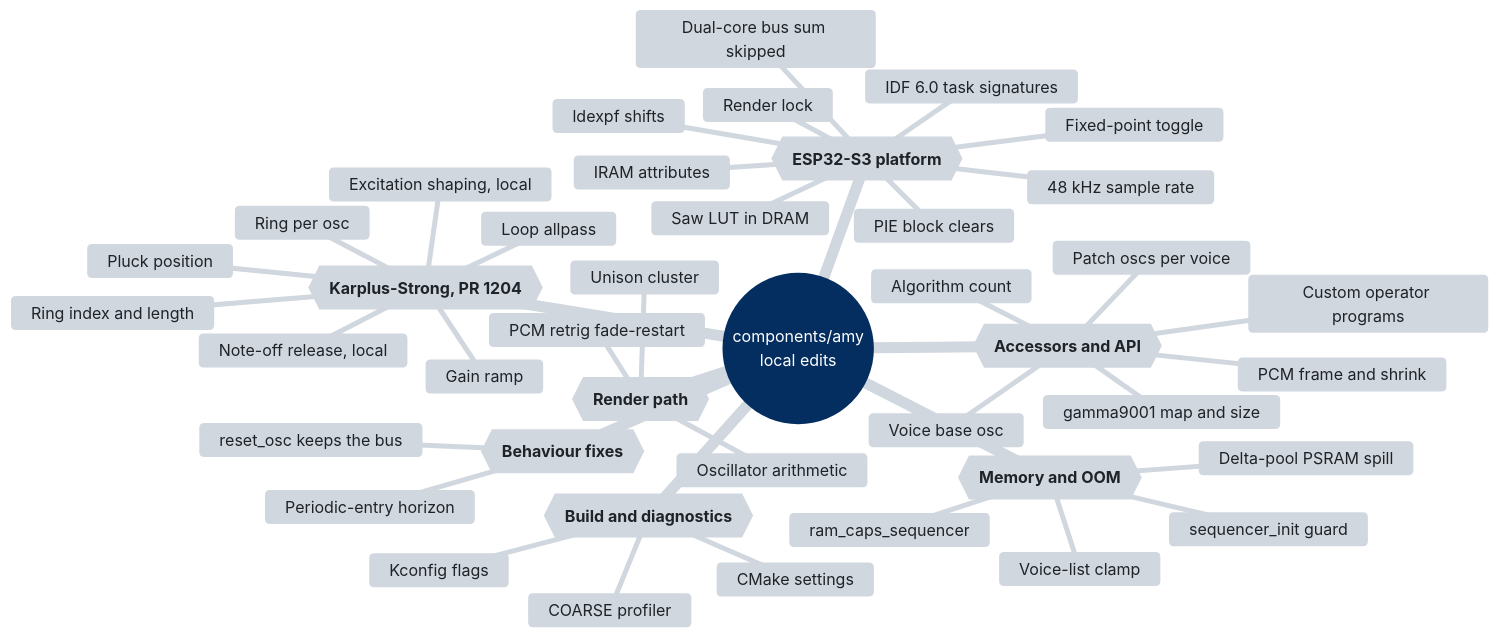
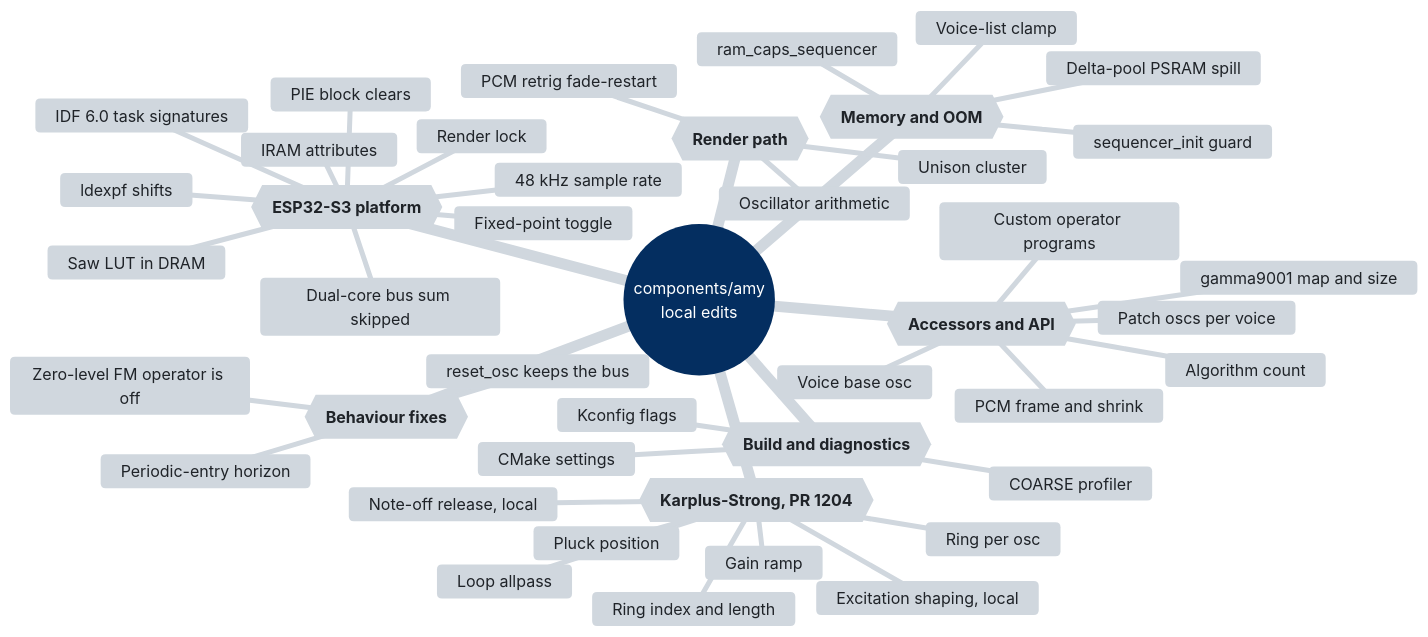
Before and after one commit to rt-rtos/S3-Amysynth: the diagram in AMY-EDITS.md, drawn with Mermaid. The commit also changed other lines of this file and 1 other file, not shown here.

First line of the commit message:
AMY: an FM operator with a zero CONST amp coef is off

````diff
--- a/AMY-EDITS.md
+++ b/AMY-EDITS.md
@@ -21,57 +21,58 @@
 ```mermaid
 %%{init: {"theme": "base", "themeCSS": ".mindmap-node polygon { fill: #afb8c1 !important; }", "themeVariables": {
   "primaryColor": "#0969da", "primaryTextColor": "#ffffff", "lineColor": "#8c959f",
   "cScale0": "#d0d7de", "cScaleLabel0": "#1f2328",
   "cScale1": "#d0d7de", "cScaleLabel1": "#1f2328",
   "cScale2": "#d0d7de", "cScaleLabel2": "#1f2328",
   "cScale3": "#d0d7de", "cScaleLabel3": "#1f2328",
   "cScale4": "#d0d7de", "cScaleLabel4": "#1f2328",
   "cScale5": "#d0d7de", "cScaleLabel5": "#1f2328",
   "cScale6": "#d0d7de", "cScaleLabel6": "#1f2328",
   "cScale7": "#d0d7de", "cScaleLabel7": "#1f2328",
   "cScale8": "#d0d7de", "cScaleLabel8": "#1f2328"
 }}}%%
 mindmap
   root((components/amy<br/>local edits))
     c1{{"`**ESP32-S3 platform**`"}}
       48 kHz sample rate
       Fixed-point toggle
       ldexpf shifts
       Render lock
       PIE block clears
       IRAM attributes
       Saw LUT in DRAM
       IDF 6.0 task signatures
       Dual-core bus sum skipped
     c2{{"`**Memory and OOM**`"}}
       Delta-pool PSRAM spill
       sequencer_init guard
       ram_caps_sequencer
       Voice-list clamp
     c3{{"`**Render path**`"}}
       Oscillator arithmetic
       Unison cluster
       PCM retrig fade-restart
     c4{{"`**Karplus-Strong, PR 1204**`"}}
       Ring index and length
       Ring per osc
       Loop allpass
       Pluck position
       Gain ramp
       Excitation shaping, local
       Note-off release, local
     c5{{"`**Accessors and API**`"}}
       PCM frame and shrink
       gamma9001 map and size
       Voice base osc
       Patch oscs per voice
       Algorithm count
       Custom operator programs
     c6{{"`**Behaviour fixes**`"}}
       Periodic-entry horizon
       reset_osc keeps the bus
+      Zero-level FM operator is off
     c7{{"`**Build and diagnostics**`"}}
       Kconfig flags
       CMake settings
       COARSE profiler
 ```
````
